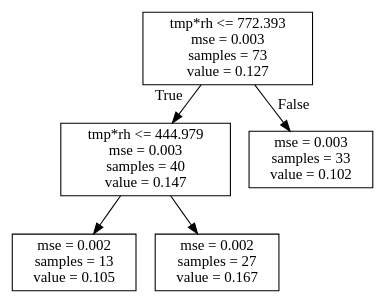
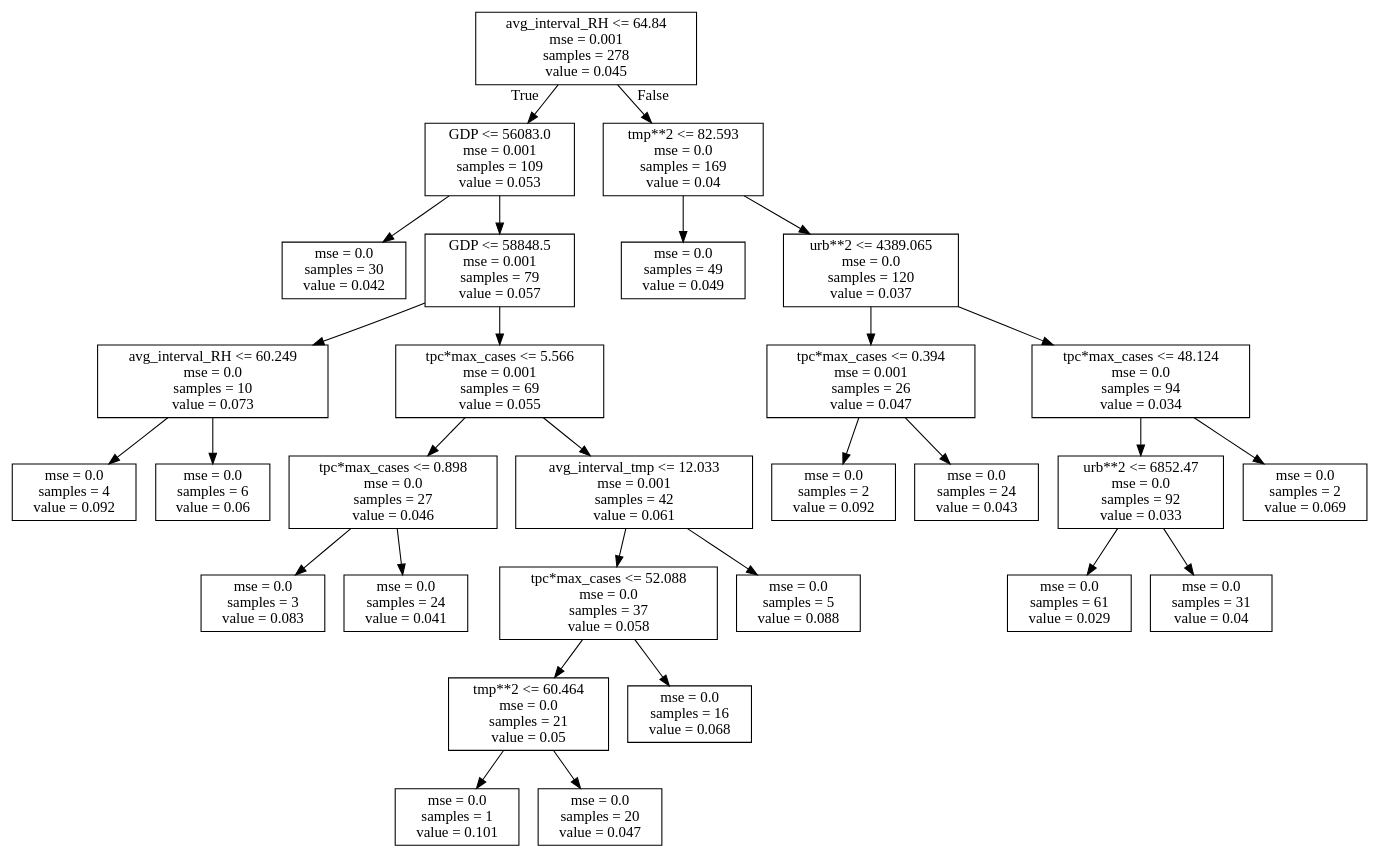
Before and after one commit to hopl1t/covid19: the diagram in products/decision_tree/decision_tree_EXP_GF_Q2_run1.dot, drawn with Graphviz. The commit also changed 55 other files, not shown here.

```diff
--- a/products/decision_tree/decision_tree_EXP_GF_Q2_run1.dot
+++ b/products/decision_tree/decision_tree_EXP_GF_Q2_run1.dot
@@ -1,12 +1,60 @@
 digraph Tree {
 node [shape=box] ;
-0 [label="tmp*rh <= 772.393\nmse = 0.003\nsamples = 73\nvalue = 0.127"] ;
-1 [label="tmp*rh <= 444.979\nmse = 0.003\nsamples = 40\nvalue = 0.147"] ;
+0 [label="avg_interval_RH <= 64.84\nmse = 0.001\nsamples = 278\nvalue = 0.045"] ;
+1 [label="GDP <= 56083.0\nmse = 0.001\nsamples = 109\nvalue = 0.053"] ;
 0 -> 1 [labeldistance=2.5, labelangle=45, headlabel="True"] ;
-2 [label="mse = 0.002\nsamples = 13\nvalue = 0.105"] ;
+2 [label="mse = 0.0\nsamples = 30\nvalue = 0.042"] ;
 1 -> 2 ;
-3 [label="mse = 0.002\nsamples = 27\nvalue = 0.167"] ;
+3 [label="GDP <= 58848.5\nmse = 0.001\nsamples = 79\nvalue = 0.057"] ;
 1 -> 3 ;
-4 [label="mse = 0.003\nsamples = 33\nvalue = 0.102"] ;
-0 -> 4 [labeldistance=2.5, labelangle=-45, headlabel="False"] ;
+4 [label="avg_interval_RH <= 60.249\nmse = 0.0\nsamples = 10\nvalue = 0.073"] ;
+3 -> 4 ;
+5 [label="mse = 0.0\nsamples = 4\nvalue = 0.092"] ;
+4 -> 5 ;
+6 [label="mse = 0.0\nsamples = 6\nvalue = 0.06"] ;
+4 -> 6 ;
+7 [label="tpc*max_cases <= 5.566\nmse = 0.001\nsamples = 69\nvalue = 0.055"] ;
+3 -> 7 ;
+8 [label="tpc*max_cases <= 0.898\nmse = 0.0\nsamples = 27\nvalue = 0.046"] ;
+7 -> 8 ;
+9 [label="mse = 0.0\nsamples = 3\nvalue = 0.083"] ;
+8 -> 9 ;
+10 [label="mse = 0.0\nsamples = 24\nvalue = 0.041"] ;
+8 -> 10 ;
+11 [label="avg_interval_tmp <= 12.033\nmse = 0.001\nsamples = 42\nvalue = 0.061"] ;
+7 -> 11 ;
+12 [label="tpc*max_cases <= 52.088\nmse = 0.0\nsamples = 37\nvalue = 0.058"] ;
+11 -> 12 ;
+13 [label="tmp**2 <= 60.464\nmse = 0.0\nsamples = 21\nvalue = 0.05"] ;
+12 -> 13 ;
+14 [label="mse = 0.0\nsamples = 1\nvalue = 0.101"] ;
+13 -> 14 ;
+15 [label="mse = 0.0\nsamples = 20\nvalue = 0.047"] ;
+13 -> 15 ;
+16 [label="mse = 0.0\nsamples = 16\nvalue = 0.068"] ;
+12 -> 16 ;
+17 [label="mse = 0.0\nsamples = 5\nvalue = 0.088"] ;
+11 -> 17 ;
+18 [label="tmp**2 <= 82.593\nmse = 0.0\nsamples = 169\nvalue = 0.04"] ;
+0 -> 18 [labeldistance=2.5, labelangle=-45, headlabel="False"] ;
+19 [label="mse = 0.0\nsamples = 49\nvalue = 0.049"] ;
+18 -> 19 ;
+20 [label="urb**2 <= 4389.065\nmse = 0.0\nsamples = 120\nvalue = 0.037"] ;
+18 -> 20 ;
+21 [label="tpc*max_cases <= 0.394\nmse = 0.001\nsamples = 26\nvalue = 0.047"] ;
+20 -> 21 ;
+22 [label="mse = 0.0\nsamples = 2\nvalue = 0.092"] ;
+21 -> 22 ;
+23 [label="mse = 0.0\nsamples = 24\nvalue = 0.043"] ;
+21 -> 23 ;
+24 [label="tpc*max_cases <= 48.124\nmse = 0.0\nsamples = 94\nvalue = 0.034"] ;
+20 -> 24 ;
+25 [label="urb**2 <= 6852.47\nmse = 0.0\nsamples = 92\nvalue = 0.033"] ;
+24 -> 25 ;
+26 [label="mse = 0.0\nsamples = 61\nvalue = 0.029"] ;
+25 -> 26 ;
+27 [label="mse = 0.0\nsamples = 31\nvalue = 0.04"] ;
+25 -> 27 ;
+28 [label="mse = 0.0\nsamples = 2\nvalue = 0.069"] ;
+24 -> 28 ;
 }
```
